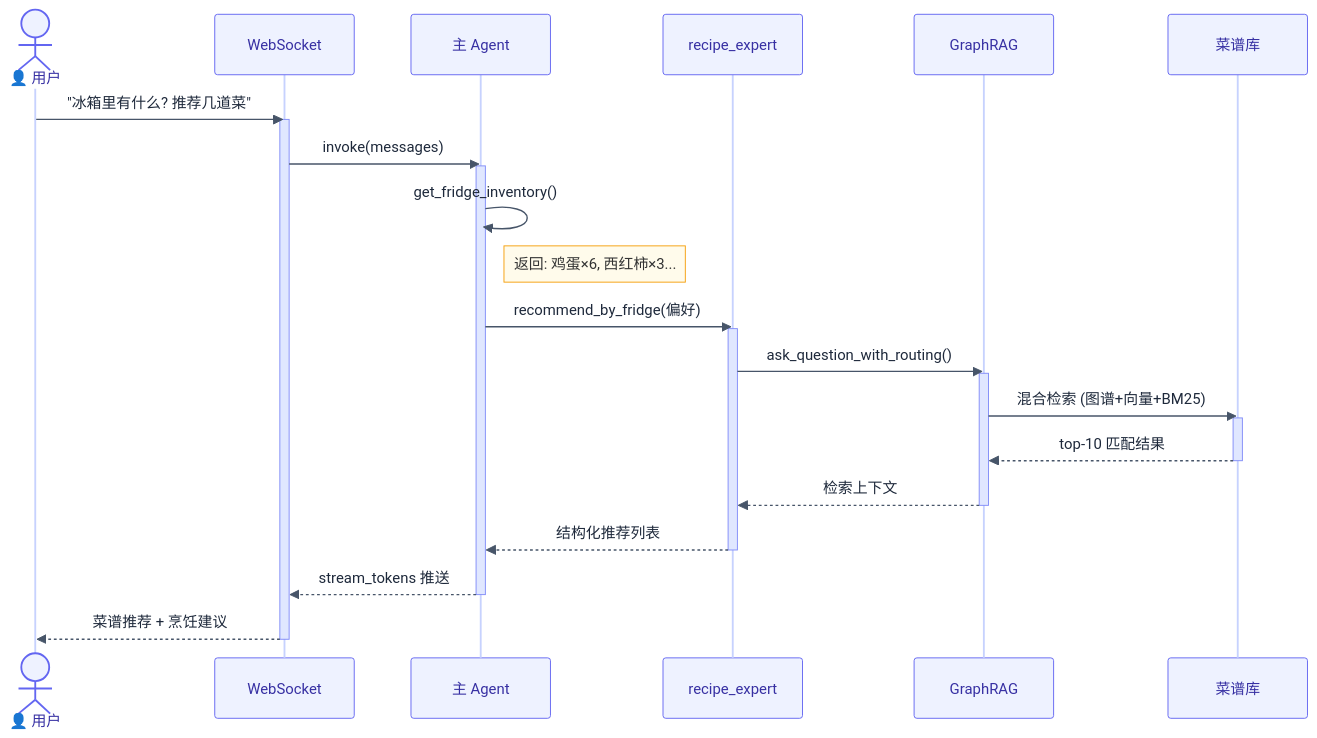
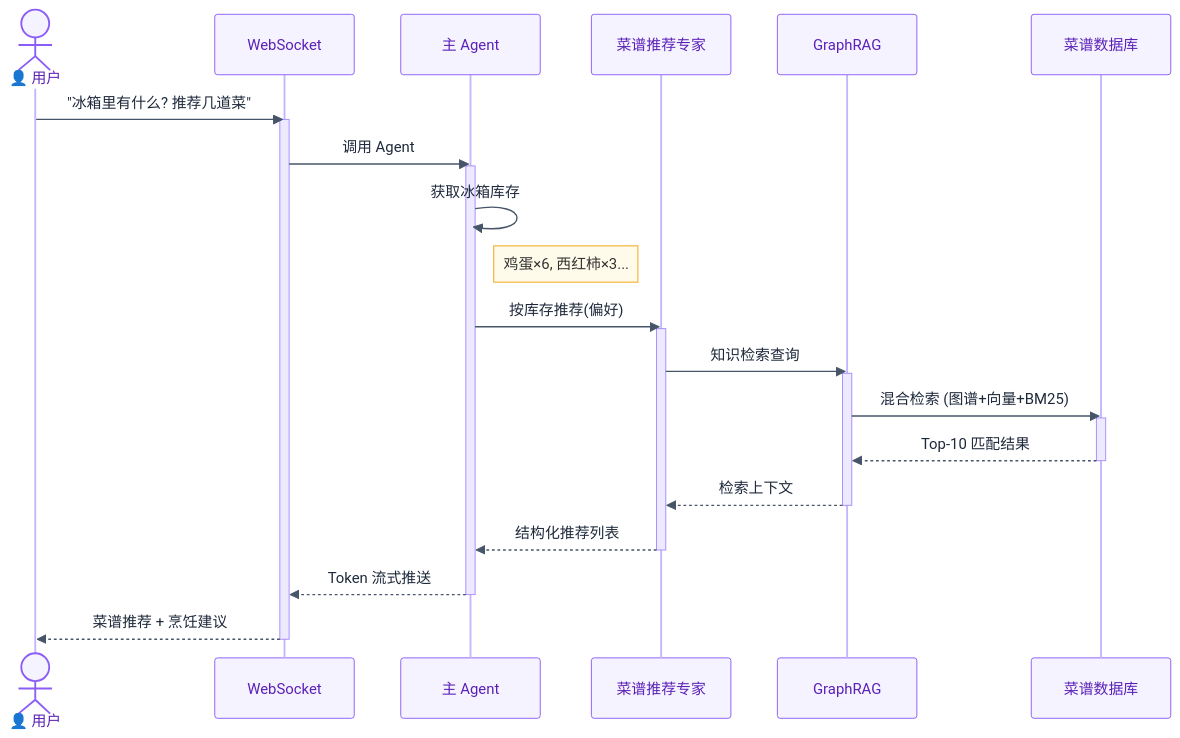
One commit to silver4444-xs/FridgeApp changed the second of 2 diagrams in README.md. Above: the diagram before and after it, drawn with Mermaid. The commit also changed other lines of this file, not shown here.

Commit message:
docs: refine Mermaid colors and use Chinese labels throughout

````diff
--- a/README.md
+++ b/README.md
@@ -149,40 +146,40 @@
 ```mermaid
 %%{init: {'theme': 'base', 'themeVariables': {
-  'actorBkg': '#eef2ff', 'actorBorder': '#6366f1', 'actorTextColor': '#3730a3',
-  'actorLineColor': '#c7d2fe', 'signalColor': '#475569', 'signalTextColor': '#1e293b',
+  'actorBkg': '#f5f3ff', 'actorBorder': '#8b5cf6', 'actorTextColor': '#5b21b6',
+  'actorLineColor': '#c4b5fd', 'signalColor': '#475569', 'signalTextColor': '#1e293b',
   'labelBoxBkgColor': '#f8fafc', 'labelBoxBorderColor': '#e2e8f0',
   'noteBkgColor': '#fffbeb', 'noteBorderColor': '#f59e0b',
-  'activationBkgColor': '#e0e7ff', 'activationBorderColor': '#818cf8',
+  'activationBkgColor': '#ede9fe', 'activationBorderColor': '#a78bfa',
   'fontFamily': 'system-ui, sans-serif', 'fontSize': '13px'
 }}}%%
 sequenceDiagram
     actor U as 👤 用户
     participant WS as WebSocket
     participant AG as 主 Agent
-    participant RE as recipe_expert
+    participant RE as 菜谱推荐专家
     participant RG as GraphRAG
-    participant DB as 菜谱库
+    participant DB as 菜谱数据库
 
     U->>WS: "冰箱里有什么? 推荐几道菜"
     activate WS
-    WS->>AG: invoke(messages)
+    WS->>AG: 调用 Agent
     activate AG
-    AG->>AG: get_fridge_inventory()
-    Note right of AG: 返回: 鸡蛋×6, 西红柿×3...
-    AG->>RE: recommend_by_fridge(偏好)
+    AG->>AG: 获取冰箱库存
+    Note right of AG: 鸡蛋×6, 西红柿×3...
+    AG->>RE: 按库存推荐(偏好)
     activate RE
-    RE->>RG: ask_question_with_routing()
+    RE->>RG: 知识检索查询
     activate RG
     RG->>DB: 混合检索 (图谱+向量+BM25)
     activate DB
-    DB-->>RG: top-10 匹配结果
+    DB-->>RG: Top-10 匹配结果
     deactivate DB
     RG-->>RE: 检索上下文
     deactivate RG
     RE-->>AG: 结构化推荐列表
     deactivate RE
-    AG-->>WS: stream_tokens 推送
+    AG-->>WS: Token 流式推送
     deactivate AG
     WS-->>U: 菜谱推荐 + 烹饪建议
     deactivate WS
 ```
````
